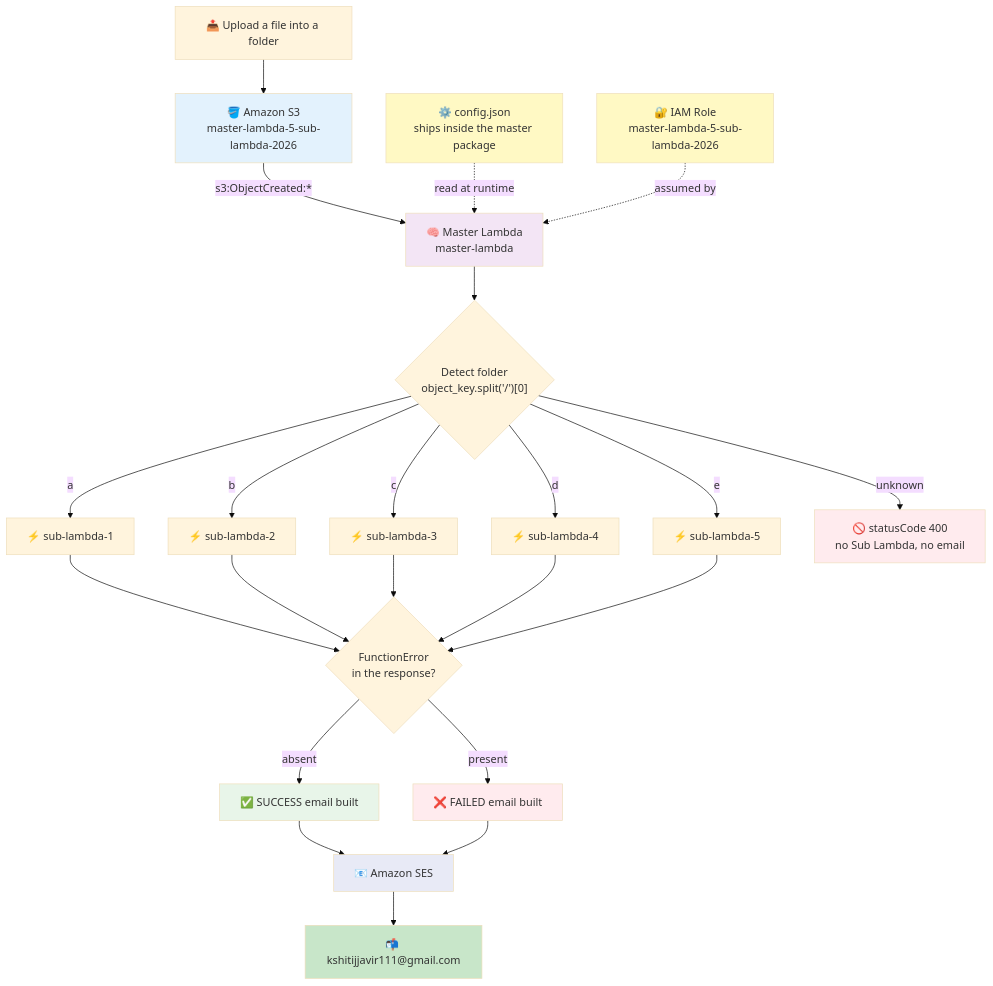
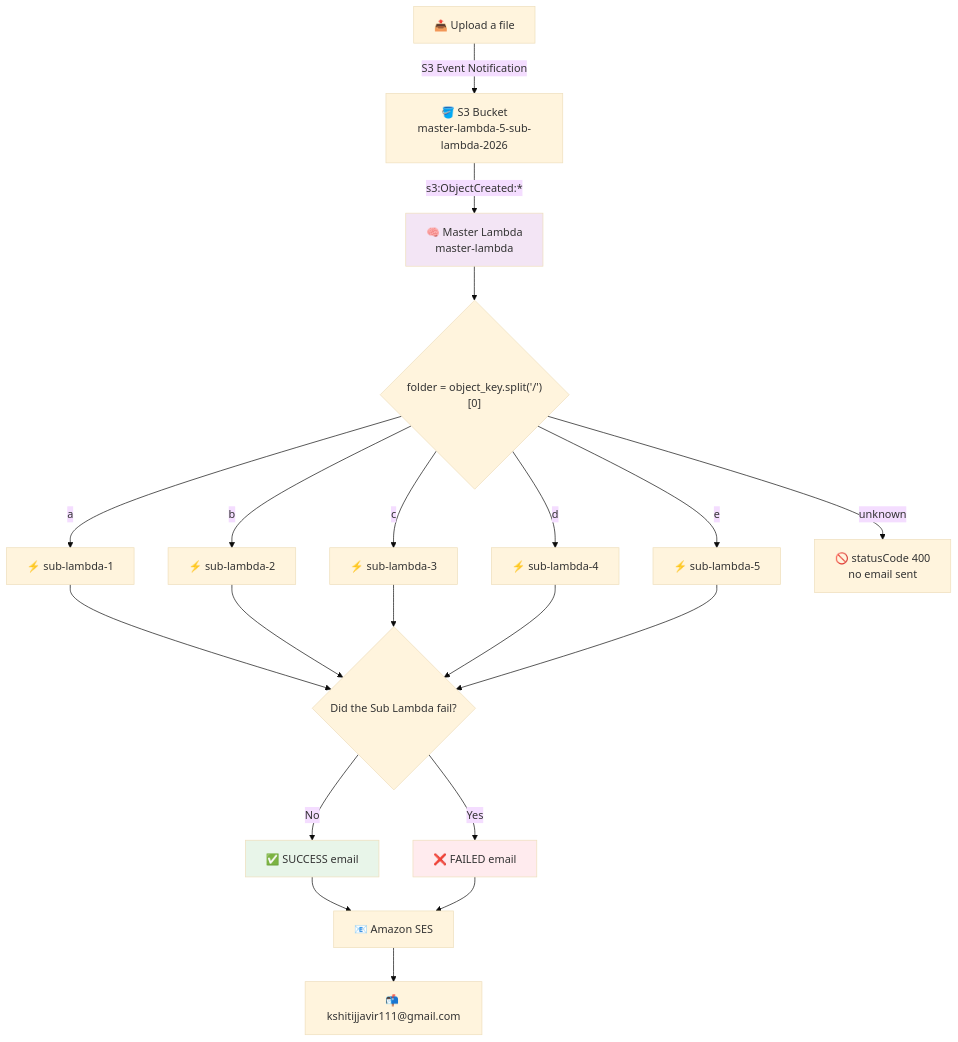
The diagram in 20) s3 folder based lambda processing with master lambda/01) README.md (Kshitijavir/aws-pipelines-september-2026), drawn with Mermaid (base theme) before and after one commit. The commit also changed other lines of this file, not shown here.

````diff
--- a/20) s3 folder based lambda processing with master lambda/01) README.md
+++ b/20) s3 folder based lambda processing with master lambda/01) README.md
@@ -134,34 +32,21 @@
 ```mermaid
 graph TD
-    U["📤 Upload a file into a folder"] --> S3["🪣 Amazon S3<br/>master-lambda-5-sub-lambda-2026"]
-    S3 -->|"s3:ObjectCreated:*"| M["🧠 Master Lambda<br/>master-lambda"]
-    C["⚙️ config.json<br/>ships inside the master package"] -.->|"read at runtime"| M
-    R["🔐 IAM Role<br/>master-lambda-5-sub-lambda-2026"] -.->|"assumed by"| M
-    M --> DET{"Detect folder<br/>object_key.split('/')[0]"}
-    DET -->|"a"| L1["⚡ sub-lambda-1"]
-    DET -->|"b"| L2["⚡ sub-lambda-2"]
-    DET -->|"c"| L3["⚡ sub-lambda-3"]
-    DET -->|"d"| L4["⚡ sub-lambda-4"]
-    DET -->|"e"| L5["⚡ sub-lambda-5"]
-    DET -->|"unknown"| NO["🚫 statusCode 400<br/>no Sub Lambda, no email"]
-    L1 --> RES{"FunctionError<br/>in the response?"}
-    L2 --> RES
-    L3 --> RES
-    L4 --> RES
-    L5 --> RES
-    RES -->|"absent"| OK["✅ SUCCESS email built"]
-    RES -->|"present"| KO["❌ FAILED email built"]
-    OK --> SES["📧 Amazon SES"]
-    KO --> SES
-    SES --> INBOX["📬 kshitijjavir111@gmail.com"]
+    A["📤 Upload a file"] -->|S3 Event Notification| B["🪣 S3 Bucket<br/>master-lambda-5-sub-lambda-2026"]
+    B -->|"s3:ObjectCreated:*"| C["🧠 Master Lambda<br/>master-lambda"]
+    C --> E{"folder = object_key.split('/')[0]"}
+    E -->|a| F1["⚡ sub-lambda-1"]
+    E -->|b| F2["⚡ sub-lambda-2"]
+    E -->|c| F3["⚡ sub-lambda-3"]
+    E -->|d| F4["⚡ sub-lambda-4"]
+    E -->|e| F5["⚡ sub-lambda-5"]
+    E -->|unknown| X["🚫 statusCode 400<br/>no email sent"]
+    F1 & F2 & F3 & F4 & F5 --> G{"Did the Sub Lambda fail?"}
+    G -->|No| H["✅ SUCCESS email"]
+    G -->|Yes| I["❌ FAILED email"]
+    H & I --> J["📧 Amazon SES"]
+    J --> K["📬 kshitijjavir111@gmail.com"]
 
-    style S3 fill:#e3f2fd
-    style M fill:#f3e5f5
-    style C fill:#fff9c4
-    style R fill:#fff9c4
-    style SES fill:#e8eaf6
-    style INBOX fill:#c8e6c9
-    style NO fill:#ffebee
-    style OK fill:#e8f5e9
-    style KO fill:#ffebee
+    style C fill:#f3e5f5
+    style H fill:#e8f5e9
+    style I fill:#ffebee
 ```
````
